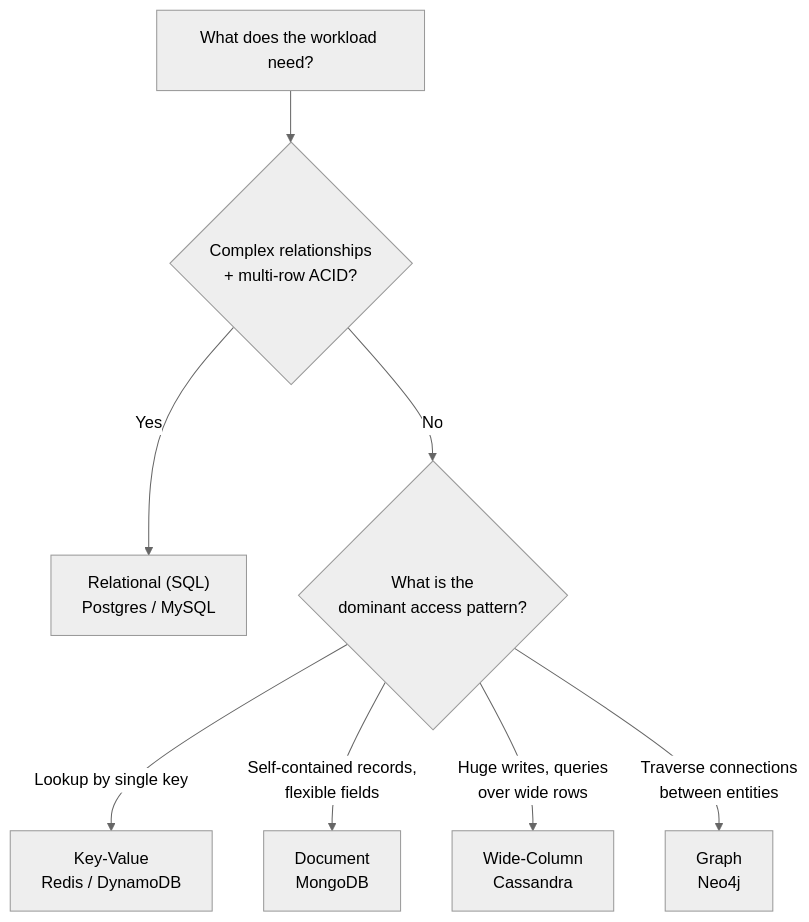
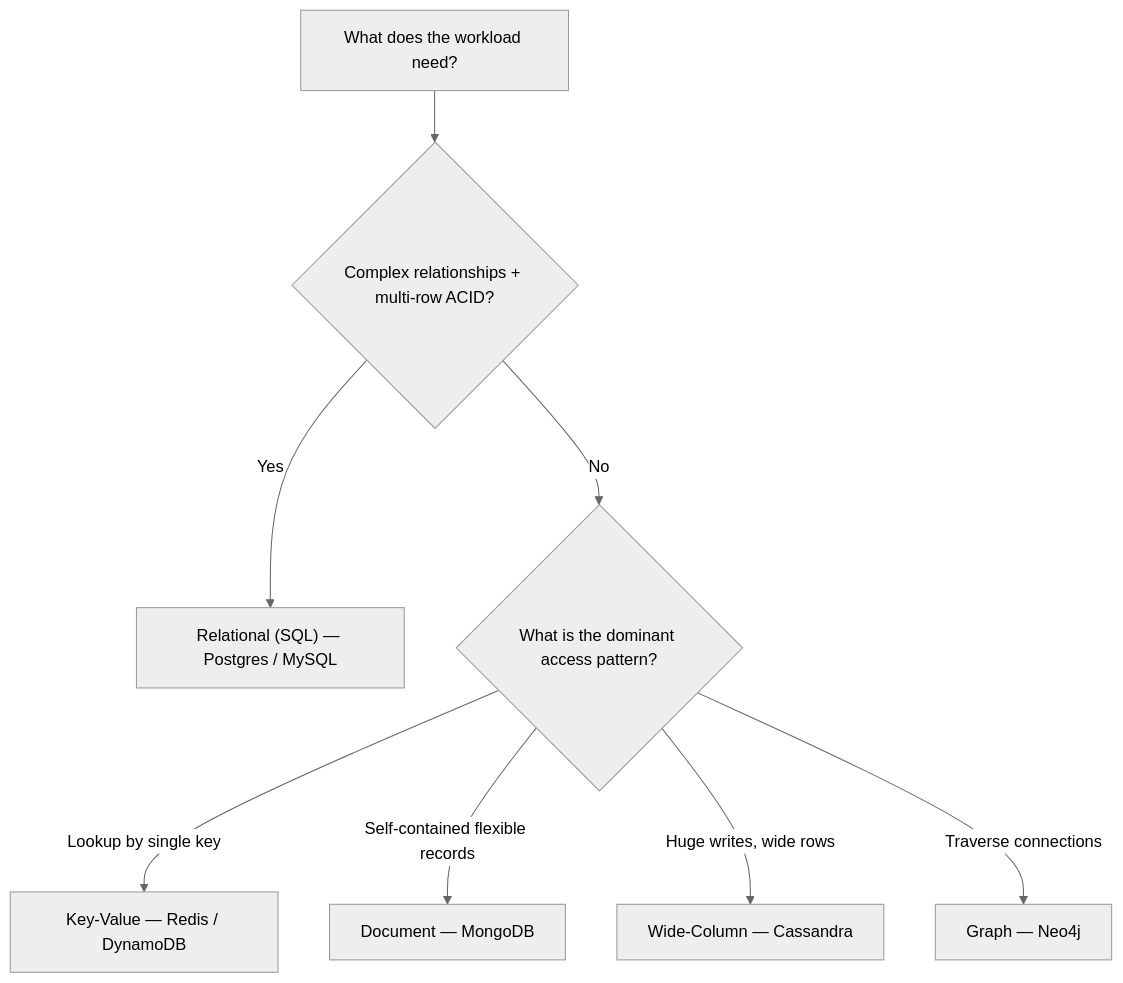
One commit to mohammad-mriesh-job/cortex changed the first of 2 diagrams in src/modules/system-design/content/04-databases/01-sql-vs-nosql.md. Above: the diagram before and after it, drawn with Mermaid (neutral theme). The commit also changed other lines of this file and 257 other files, not shown here.

````diff
--- a/src/modules/system-design/content/04-databases/01-sql-vs-nosql.md
+++ b/src/modules/system-design/content/04-databases/01-sql-vs-nosql.md
@@ -32,10 +32,10 @@
 ```mermaid
 flowchart TD
-  Start["What does the workload need?"] --> Q1{"Complex relationships<br/>+ multi-row ACID?"}
-  Q1 -->|Yes| SQL["Relational (SQL)<br/>Postgres / MySQL"]
-  Q1 -->|No| Q2{"What is the<br/>dominant access pattern?"}
-  Q2 -->|"Lookup by single key"| KV["Key-Value<br/>Redis / DynamoDB"]
-  Q2 -->|"Self-contained records,<br/>flexible fields"| DOC["Document<br/>MongoDB"]
-  Q2 -->|"Huge writes, queries<br/>over wide rows"| WC["Wide-Column<br/>Cassandra"]
-  Q2 -->|"Traverse connections<br/>between entities"| GR["Graph<br/>Neo4j"]
+  Start["What does the workload need?"] --> Q1{"Complex relationships + multi-row ACID?"}
+  Q1 -->|Yes| SQL["Relational (SQL) — Postgres / MySQL"]
+  Q1 -->|No| Q2{"What is the dominant access pattern?"}
+  Q2 -->|"Lookup by single key"| KV["Key-Value — Redis / DynamoDB"]
+  Q2 -->|"Self-contained flexible records"| DOC["Document — MongoDB"]
+  Q2 -->|"Huge writes, wide rows"| WC["Wide-Column — Cassandra"]
+  Q2 -->|"Traverse connections"| GR["Graph — Neo4j"]
 ```
````
